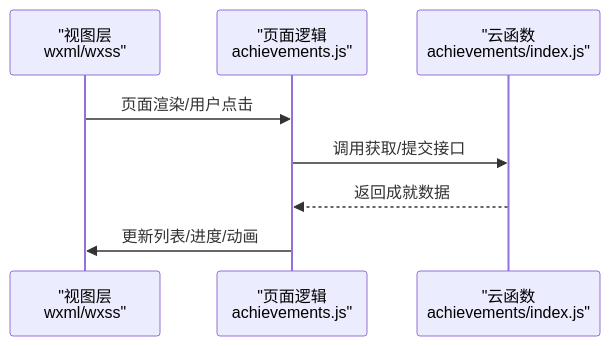
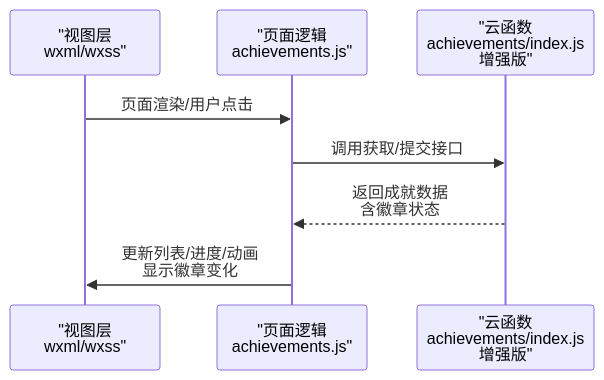
One commit to cwb7756/bio changed the fourth of 5 diagrams in .qoder/repowiki/zh/content/核心功能模块/成就系统.md. Above: the diagram before and after it, drawn with Mermaid. The commit also changed other lines of this file and 46 other files, not shown here.

````diff
--- a/.qoder/repowiki/zh/content/核心功能模块/成就系统.md
+++ b/.qoder/repowiki/zh/content/核心功能模块/成就系统.md
@@ -156,10 +172,10 @@
 ```mermaid
 sequenceDiagram
 participant V as "视图层<br/>wxml/wxss"
 participant JS as "页面逻辑<br/>achievements.js"
-participant CF as "云函数<br/>achievements/index.js"
+participant CF as "云函数<br/>achievements/index.js<br/>增强版"
 V->>JS : 页面渲染/用户点击
 JS->>CF : 调用获取/提交接口
-CF-->>JS : 返回成就数据
-JS->>V : 更新列表/进度/动画
+CF-->>JS : 返回成就数据<br/>含徽章状态
+JS->>V : 更新列表/进度/动画<br/>显示徽章变化
 ```
````
